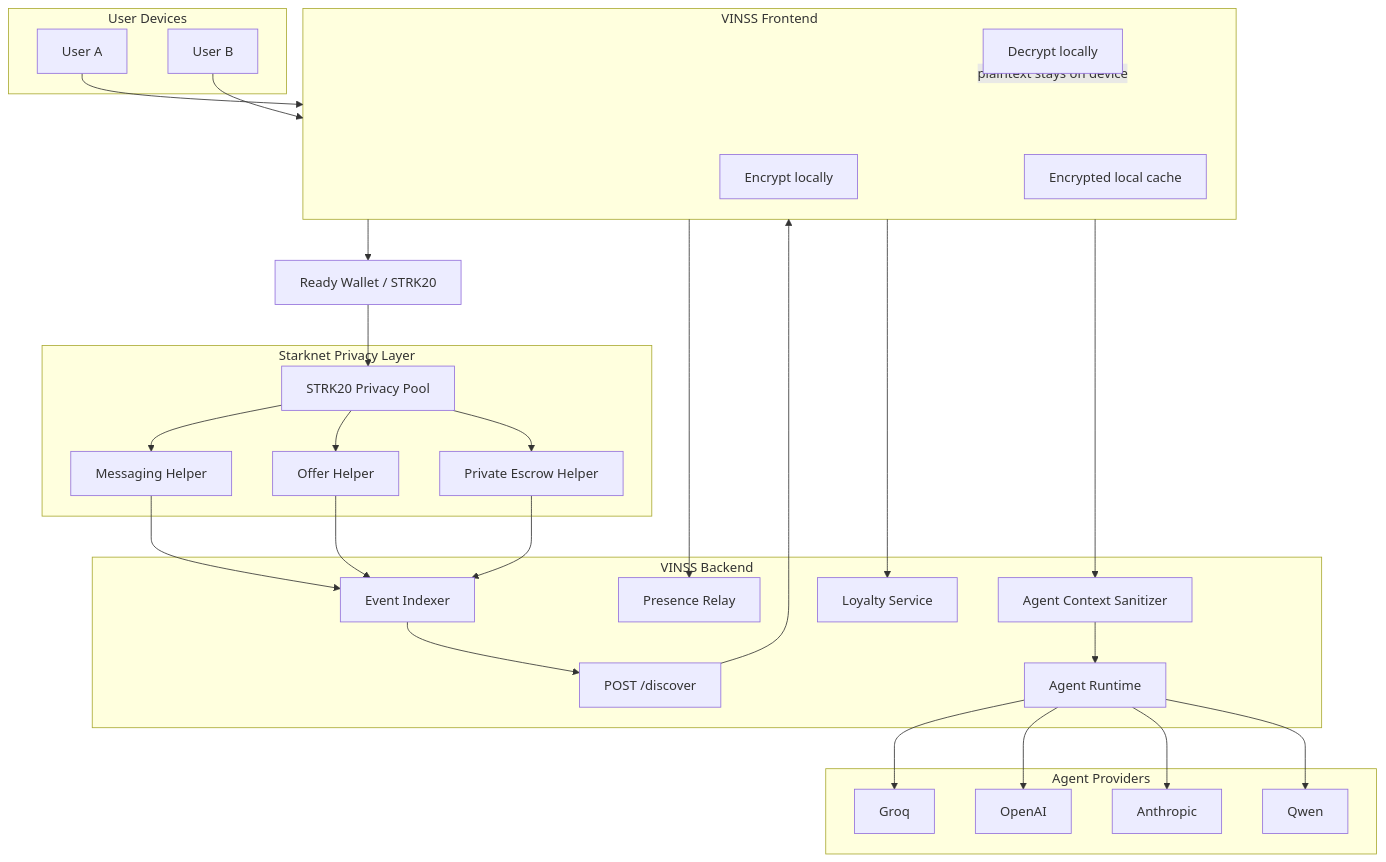
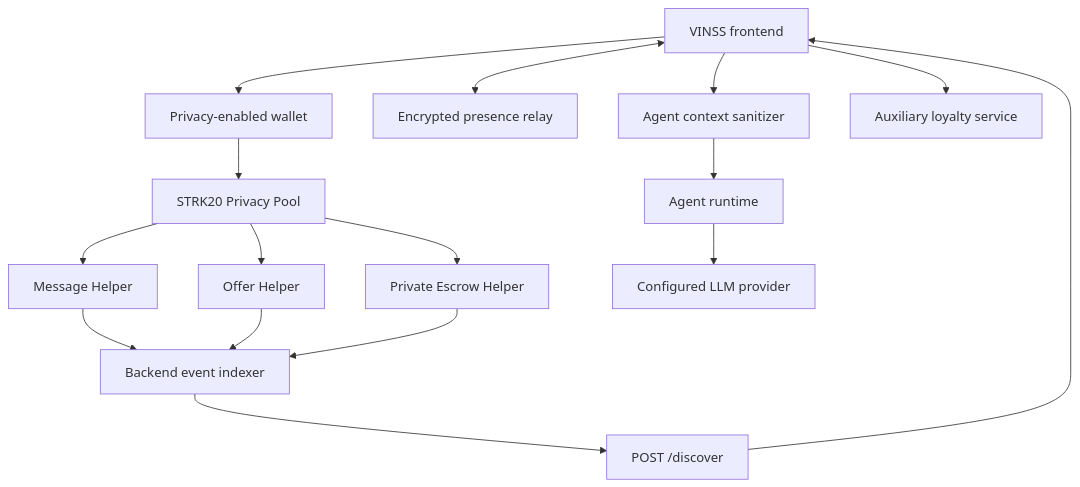
Before and after one commit to DXJLabs/vinss: the diagram in docs/technical/backend/architecture.md, drawn with Mermaid. The commit also changed other lines of this file and 15 other files, not shown here.

````diff
--- a/docs/technical/backend/architecture.md
+++ b/docs/technical/backend/architecture.md
@@ -21,67 +80,31 @@
 ```mermaid
 flowchart TB
-    subgraph USERS["User Devices"]
-      UA[User A]
-      UB[User B]
-    end
+    CLIENT["VINSS frontend"]
+    WALLET["Privacy-enabled wallet"]
+    POOL["STRK20 Privacy Pool"]
+    MSG["Message Helper"]
+    OFFER["Offer Helper"]
+    ESCROW["Private Escrow Helper"]
 
-    subgraph CLIENT["VINSS Frontend"]
-      ENC[Encrypt locally]
-      DEC[Decrypt locally]
-      CACHE[Encrypted local cache]
-    end
+    INDEX["Backend event indexer"]
+    DISC["POST /discover"]
+    PRES["Encrypted presence relay"]
+    SAN["Agent context sanitizer"]
+    AGENT["Agent runtime"]
+    LLM["Configured LLM provider"]
+    LOY["Auxiliary loyalty service"]
 
-    WALLET[Ready Wallet / STRK20]
-
-    subgraph STARKNET["Starknet Privacy Layer"]
-      POOL[STRK20 Privacy Pool]
-      MSG[Messaging Helper]
-      OFFER[Offer Helper]
-      ESCROW[Private Escrow Helper]
-    end
-
-    subgraph BACKEND["VINSS Backend"]
-      DISC[POST /discover]
-      INDEX[Event Indexer]
-      PRES[Presence Relay]
-      SAN[Agent Context Sanitizer]
-      AGENT[Agent Runtime]
-      LOY[Loyalty Service]
-    end
-
-    subgraph PROVIDERS["Agent Providers"]
-      GROQ[Groq]
-      OPENAI[OpenAI]
-      CLAUDE[Anthropic]
-      QWEN[Qwen]
-    end
-
-    UA --> CLIENT
-    UB --> CLIENT
-
-    CLIENT --> WALLET
-    WALLET --> POOL
+    CLIENT --> WALLET --> POOL
     POOL --> MSG
     POOL --> OFFER
     POOL --> ESCROW
 
     MSG --> INDEX
     OFFER --> INDEX
     ESCROW --> INDEX
-    INDEX --> DISC
-    DISC --> CLIENT
+    INDEX --> DISC --> CLIENT
 
-    CLIENT --> PRES
-
-    CLIENT --> SAN
-    SAN --> AGENT
-
-    AGENT --> GROQ
-    AGENT --> OPENAI
-    AGENT --> CLAUDE
-    AGENT --> QWEN
-
+    CLIENT <--> PRES
+    CLIENT --> SAN --> AGENT --> LLM
     CLIENT --> LOY
-
-    DEC -. plaintext stays on device .-> CLIENT
 ```
````
